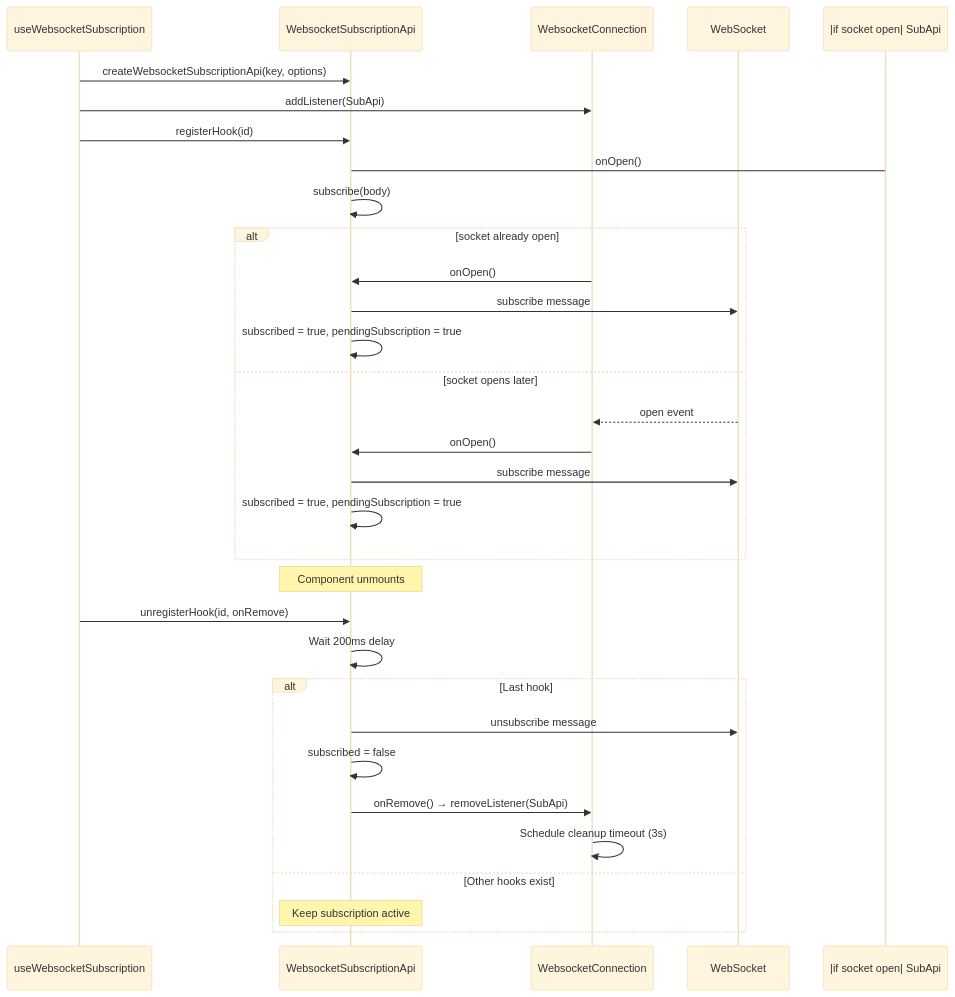
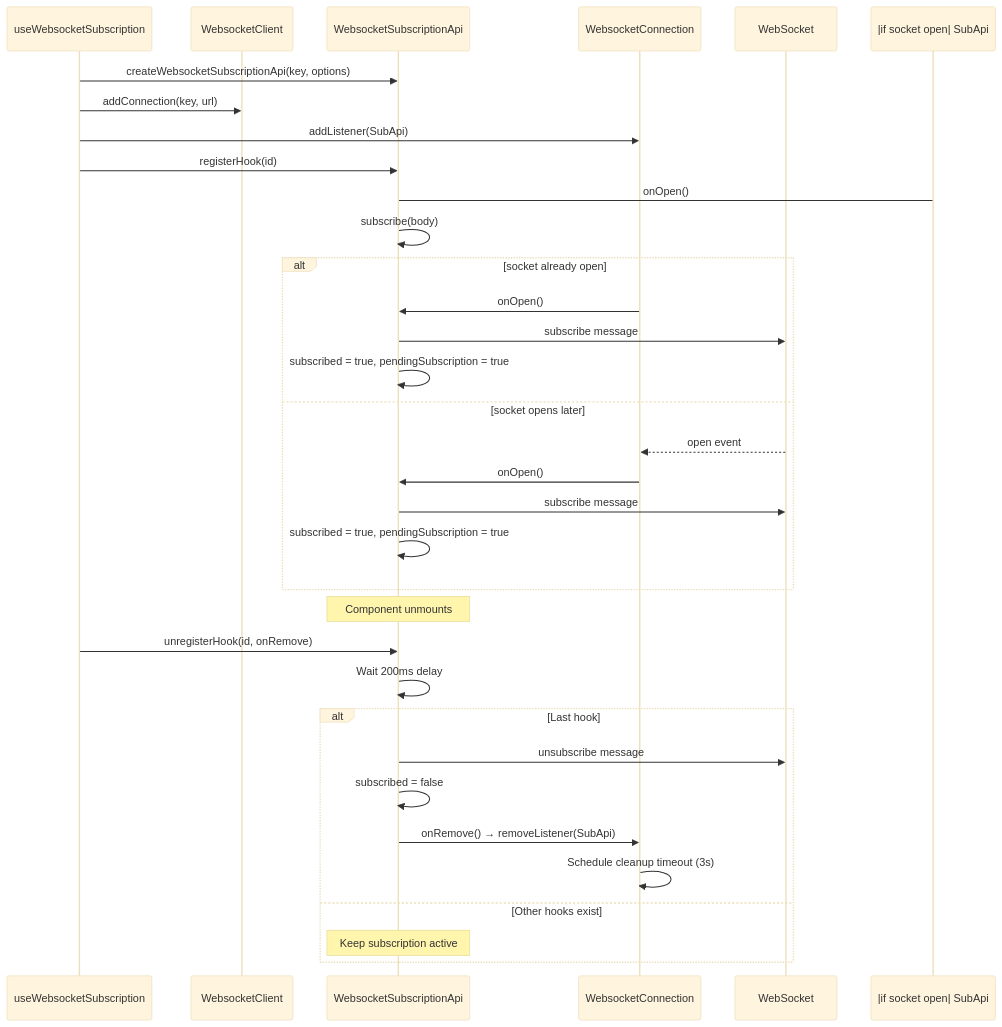
Before and after one commit to max-troost-io/use-websockets: the eighth of 10 diagrams in src/lib/WEBSOCKET_CONNECTION.md, drawn with Mermaid (base theme). The commit also changed other lines of this file and 25 other files, not shown here.

Commit message:
Remove CHART.md file, update README with new message format and features, and refactor WebSocket connection handling by removing notistack dependency for notifications. Enhance helper functions and improve type definitions for better clarity and usability.

````diff
--- a/src/lib/WEBSOCKET_CONNECTION.md
+++ b/src/lib/WEBSOCKET_CONNECTION.md
@@ -358,38 +368,40 @@
 ```mermaid
 sequenceDiagram
     participant Hook as useWebsocketSubscription
+    participant Client as WebsocketClient
     participant SubApi as WebsocketSubscriptionApi
     participant Connection as WebsocketConnection
     participant Socket as WebSocket
 
     Hook->>SubApi: createWebsocketSubscriptionApi(key, options)
+    Hook->>Client: addConnection(key, url)
     Hook->>Connection: addListener(SubApi)
     Hook->>SubApi: registerHook(id)
     SubApi->|if socket open| SubApi: onOpen()
     SubApi->>SubApi: subscribe(body)
 
     alt socket already open
         Connection->>SubApi: onOpen()
         SubApi->>Socket: subscribe message
         SubApi->>SubApi: subscribed = true, pendingSubscription = true
     else socket opens later
         Socket-->>Connection: open event
         Connection->>SubApi: onOpen()
         SubApi->>Socket: subscribe message
         SubApi->>SubApi: subscribed = true, pendingSubscription = true
     end
 
     Note over SubApi: Component unmounts
 
     Hook->>SubApi: unregisterHook(id, onRemove)
     SubApi->>SubApi: Wait 200ms delay
 
     alt Last hook
         SubApi->>Socket: unsubscribe message
         SubApi->>SubApi: subscribed = false
         SubApi->>Connection: onRemove() → removeListener(SubApi)
         Connection->>Connection: Schedule cleanup timeout (3s)
     else Other hooks exist
         Note over SubApi: Keep subscription active
     end
 ```
````
